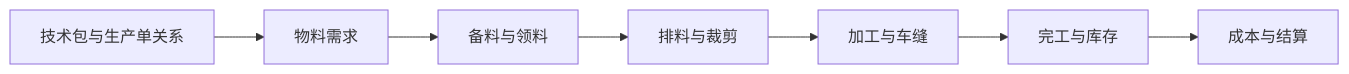
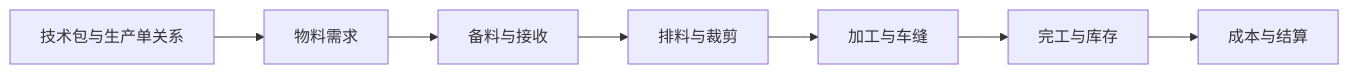
Before and after one commit to laoertongxue/higoods: the fourth of 7 diagrams in docs/superpowers/specs/2026-07-10-production-order-change-final-design.md, drawn with Mermaid. The commit also changed other lines of this file and 312 other files, not shown here.

````diff
--- a/docs/superpowers/specs/2026-07-10-production-order-change-final-design.md
+++ b/docs/superpowers/specs/2026-07-10-production-order-change-final-design.md
@@ -232,9 +232,9 @@
 ```mermaid
 flowchart LR
   技术包["技术包与生产单关系"] --> 物料需求["物料需求"]
-  物料需求 --> 备料领料["备料与领料"]
-  备料领料 --> 排料裁剪["排料与裁剪"]
+  物料需求 --> 备料接收["备料与接收"]
+  备料接收 --> 排料裁剪["排料与裁剪"]
   排料裁剪 --> 加工车缝["加工与车缝"]
   加工车缝 --> 完工库存["完工与库存"]
   完工库存 --> 成本结算["成本与结算"]
 ```
````
